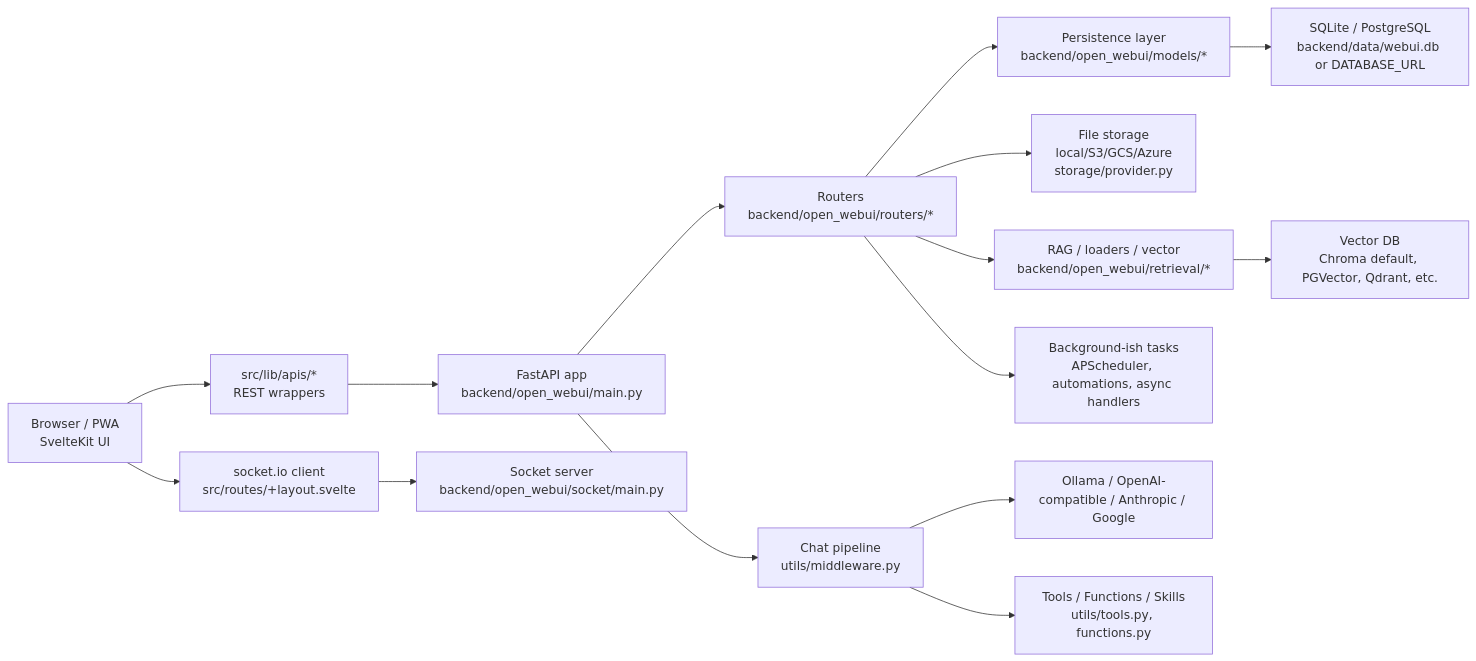
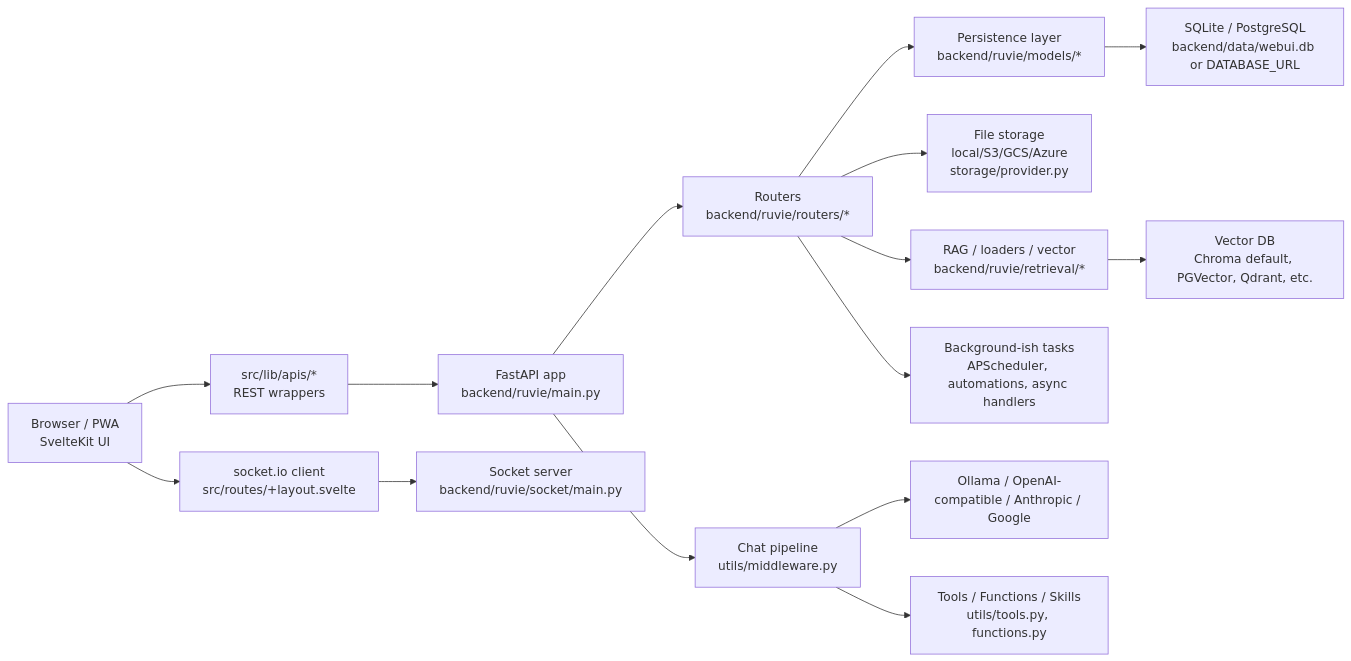
The diagram in docs/ARCHITECTURE.md (nghiaphamhb/Ruvie-Agent), drawn with Mermaid before and after one commit. The commit also changed other lines of this file and 529 other files, not shown here.

````diff
--- a/docs/ARCHITECTURE.md
+++ b/docs/ARCHITECTURE.md
@@ -5,17 +5,17 @@
 ```mermaid
 flowchart LR
     Browser["Browser / PWA\nSvelteKit UI"] --> FEAPI["src/lib/apis/*\nREST wrappers"]
     Browser --> Socket["socket.io client\nsrc/routes/+layout.svelte"]
-    FEAPI --> FastAPI["FastAPI app\nbackend/open_webui/main.py"]
-    Socket --> SocketServer["Socket server\nbackend/open_webui/socket/main.py"]
-    FastAPI --> Routers["Routers\nbackend/open_webui/routers/*"]
-    Routers --> Models["Persistence layer\nbackend/open_webui/models/*"]
+    FEAPI --> FastAPI["FastAPI app\nbackend/ruvie/main.py"]
+    Socket --> SocketServer["Socket server\nbackend/ruvie/socket/main.py"]
+    FastAPI --> Routers["Routers\nbackend/ruvie/routers/*"]
+    Routers --> Models["Persistence layer\nbackend/ruvie/models/*"]
     Models --> DB["SQLite / PostgreSQL\nbackend/data/webui.db or DATABASE_URL"]
     Routers --> Storage["File storage\nlocal/S3/GCS/Azure\nstorage/provider.py"]
-    Routers --> Retrieval["RAG / loaders / vector\nbackend/open_webui/retrieval/*"]
+    Routers --> Retrieval["RAG / loaders / vector\nbackend/ruvie/retrieval/*"]
     Retrieval --> VectorDB["Vector DB\nChroma default, PGVector, Qdrant, etc."]
     FastAPI --> Middleware["Chat pipeline\nutils/middleware.py"]
     Middleware --> Providers["Ollama / OpenAI-compatible / Anthropic / Google"]
     Middleware --> Tools["Tools / Functions / Skills\nutils/tools.py, functions.py"]
     Routers --> Workers["Background-ish tasks\nAPScheduler, automations, async handlers"]
 ```
````
